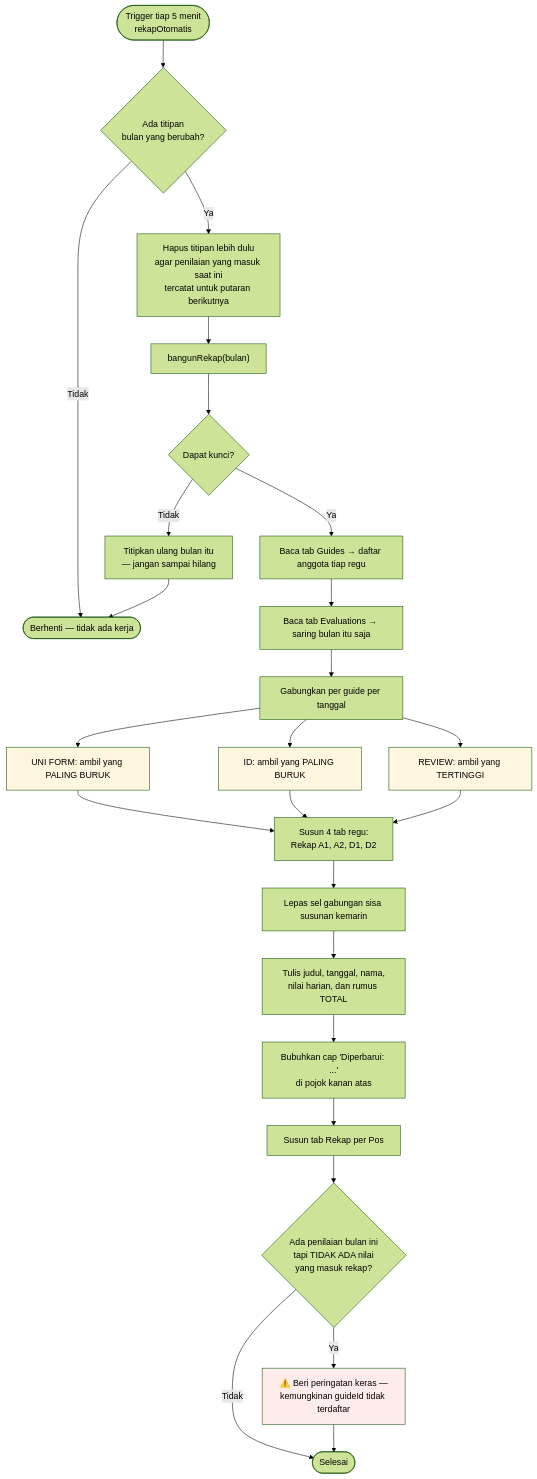
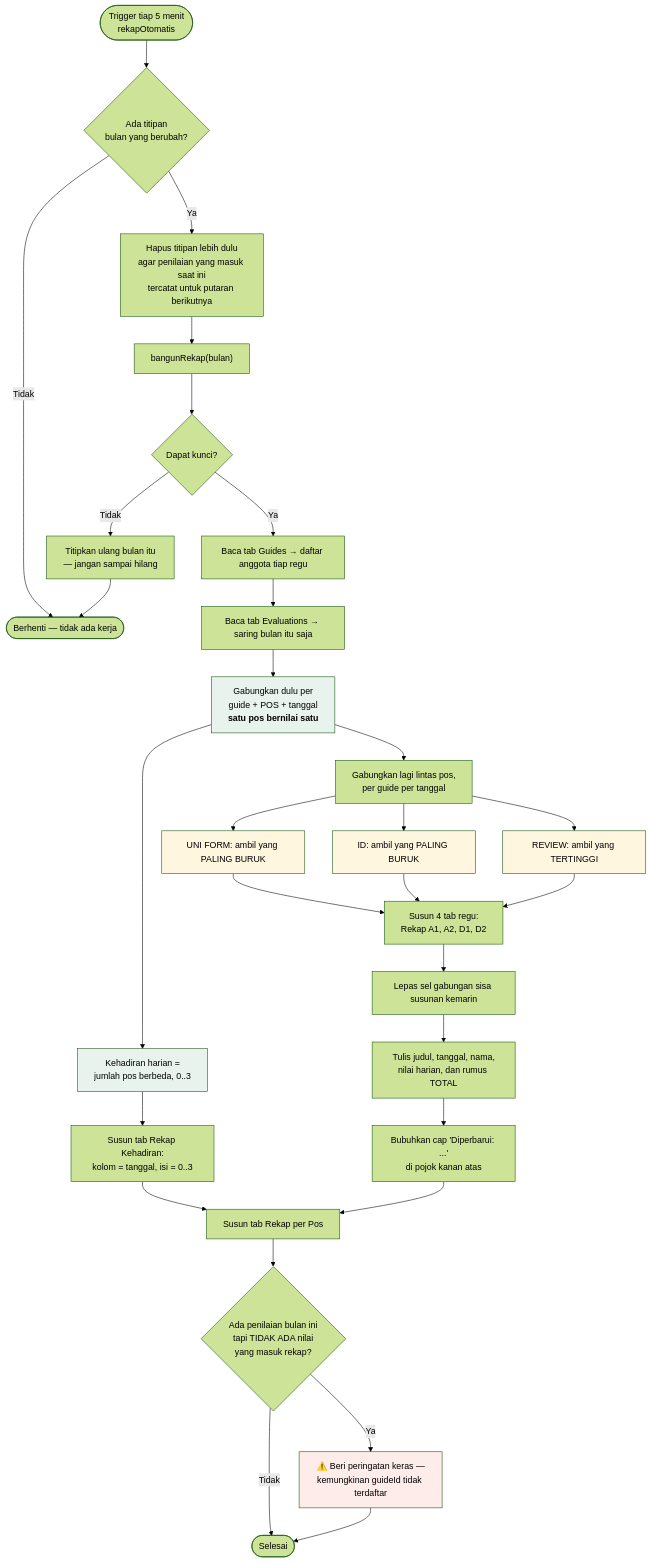
The eighth of 13 diagrams in docs/ALUR-APLIKASI.md (agusgod123/penilaian-guide-besakih), drawn with Mermaid (forest theme) before and after one commit. The commit also changed other lines of this file and 14 other files, not shown here.

First line of the commit message:
feat: kehadiran harian — satu pos bernilai satu

````diff
--- a/docs/ALUR-APLIKASI.md
+++ b/docs/ALUR-APLIKASI.md
@@ -342,36 +342,42 @@
 ```mermaid
 flowchart TD
     A(["Trigger tiap 5 menit<br/>rekapOtomatis"]) --> B{"Ada titipan<br/>bulan yang berubah?"}
     B -->|Tidak| Z(["Berhenti — tidak ada kerja"])
     B -->|Ya| C["Hapus titipan lebih dulu<br/>agar penilaian yang masuk saat ini<br/>tercatat untuk putaran berikutnya"]
     C --> D["bangunRekap(bulan)"]
 
     D --> E{"Dapat kunci?"}
     E -->|Tidak| Y["Titipkan ulang bulan itu<br/>— jangan sampai hilang"]
     Y --> Z
     E -->|Ya| F["Baca tab Guides → daftar anggota tiap regu"]
     F --> G["Baca tab Evaluations → saring bulan itu saja"]
 
-    G --> H["Gabungkan per guide per tanggal"]
+    G --> GA["Gabungkan dulu per<br/>guide + POS + tanggal<br/><b>satu pos bernilai satu</b>"]
+    GA --> H["Gabungkan lagi lintas pos,<br/>per guide per tanggal"]
+    GA --> GB["Kehadiran harian =<br/>jumlah pos berbeda, 0..3"]
     H --> H1["UNI FORM: ambil yang PALING BURUK"]
     H --> H2["ID: ambil yang PALING BURUK"]
     H --> H3["REVIEW: ambil yang TERTINGGI"]
 
     H1 --> I["Susun 4 tab regu:<br/>Rekap A1, A2, D1, D2"]
     H2 --> I
     H3 --> I
+    GB --> IK["Susun tab Rekap Kehadiran:<br/>kolom = tanggal, isi = 0..3"]
+    IK --> M
     I --> J["Lepas sel gabungan sisa susunan kemarin"]
     J --> K["Tulis judul, tanggal, nama,<br/>nilai harian, dan rumus TOTAL"]
     K --> L["Bubuhkan cap 'Diperbarui: ...'<br/>di pojok kanan atas"]
     L --> M["Susun tab Rekap per Pos"]
 
     M --> N{"Ada penilaian bulan ini<br/>tapi TIDAK ADA nilai<br/>yang masuk rekap?"}
     N -->|Ya| O["⚠️ Beri peringatan keras —<br/>kemungkinan guideId tidak terdaftar"]
     N -->|Tidak| P(["Selesai"])
     O --> P
 
+    style GA fill:#E7F3EC
+    style GB fill:#E7F3EC
     style H1 fill:#FFF6E0
     style H2 fill:#FFF6E0
     style H3 fill:#FFF6E0
     style O fill:#FDECEA
 ```
````
